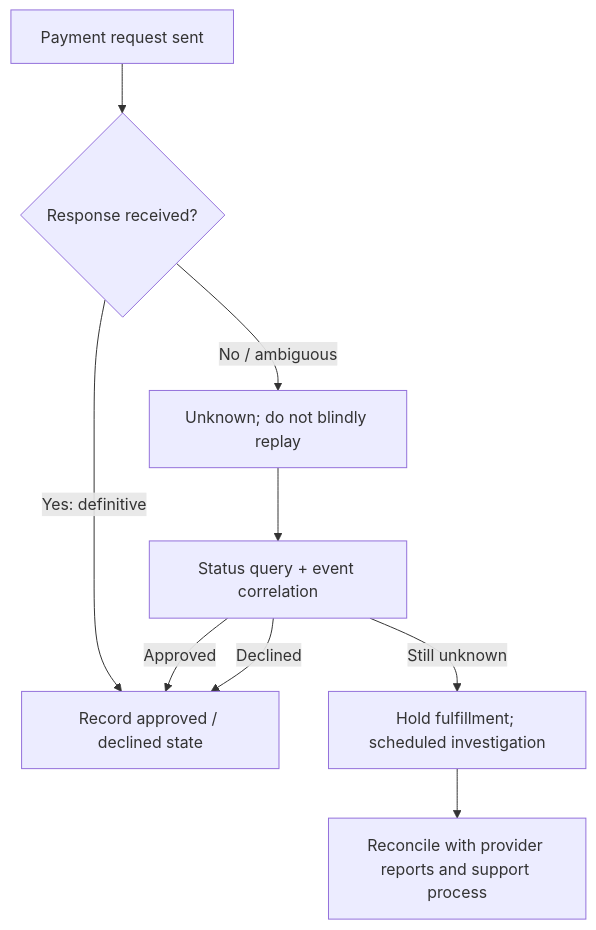
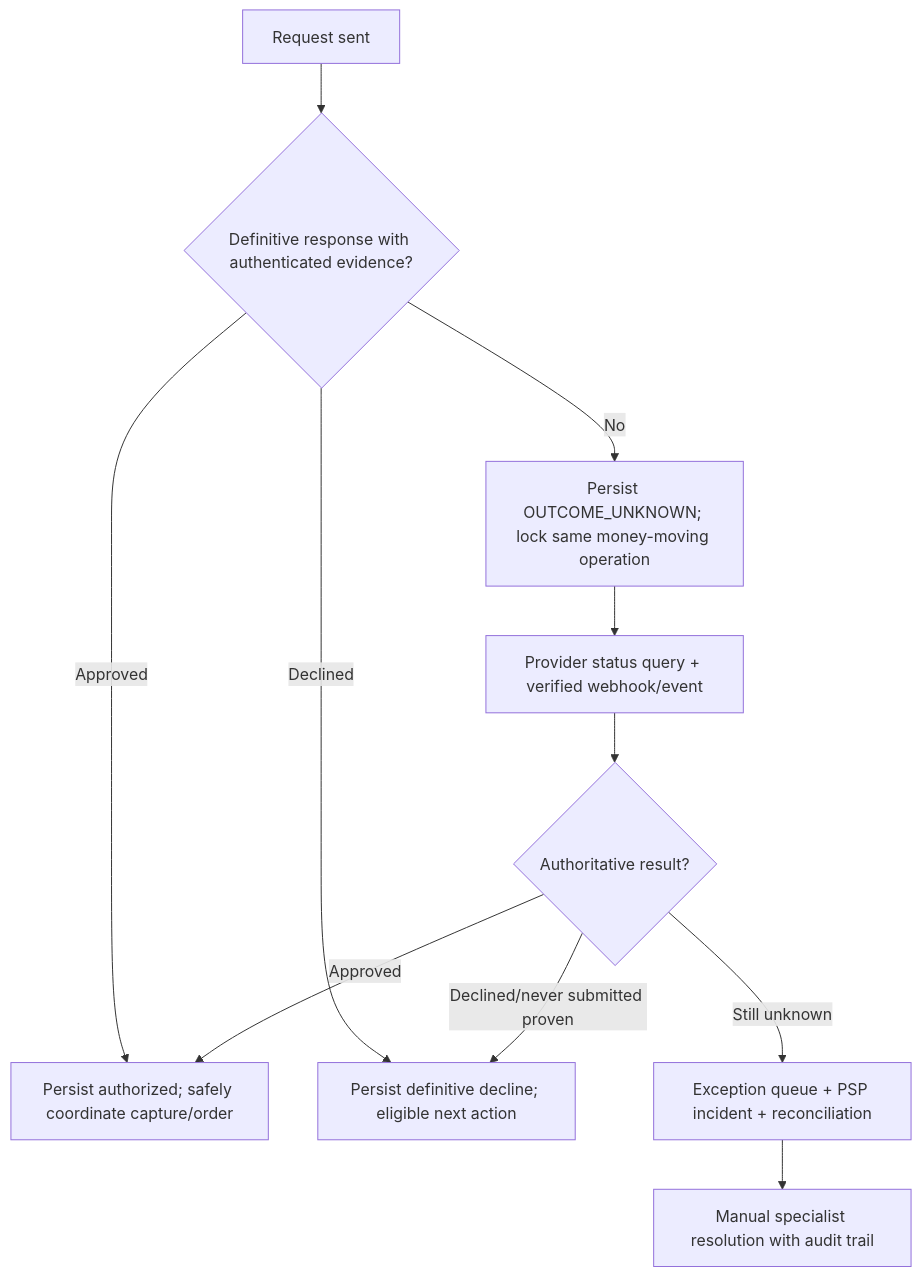
One commit to aditti30-prog/pm-payments changed the diagram in book/part-4/17-reliability-and-payment-operations.md. Above: the diagram before and after it, drawn with Mermaid. The commit also changed other lines of this file and 16 other files, not shown here.

````diff
--- a/book/part-4/17-reliability-and-payment-operations.md
+++ b/book/part-4/17-reliability-and-payment-operations.md
@@ -15,11 +57,13 @@
 ```mermaid
 flowchart TD
-  A[Payment request sent] --> B{Response received?}
-  B -->|Yes: definitive| C[Record approved / declined state]
-  B -->|No / ambiguous| D[Unknown; do not blindly replay]
-  D --> E[Status query + event correlation]
-  E -->|Approved| C
-  E -->|Declined| C
-  E -->|Still unknown| F[Hold fulfillment; scheduled investigation]
-  F --> G[Reconcile with provider reports and support process]
+  A[Request sent] --> B{Definitive response with authenticated evidence?}
+  B -->|Approved| C[Persist authorized; safely coordinate capture/order]
+  B -->|Declined| D[Persist definitive decline; eligible next action]
+  B -->|No| U[Persist OUTCOME_UNKNOWN; lock same money-moving operation]
+  U --> Q[Provider status query + verified webhook/event]
+  Q --> R{Authoritative result?}
+  R -->|Approved| C
+  R -->|Declined/never submitted proven| D
+  R -->|Still unknown| E[Exception queue + PSP incident + reconciliation]
+  E --> F[Manual specialist resolution with audit trail]
 ```
````
